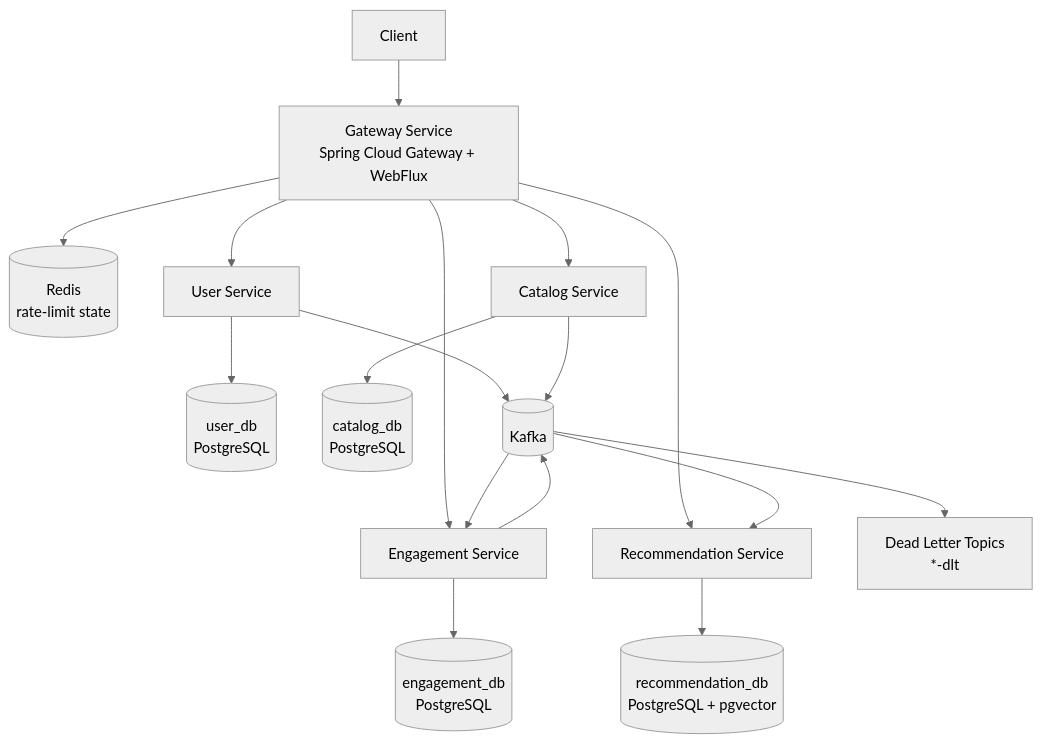
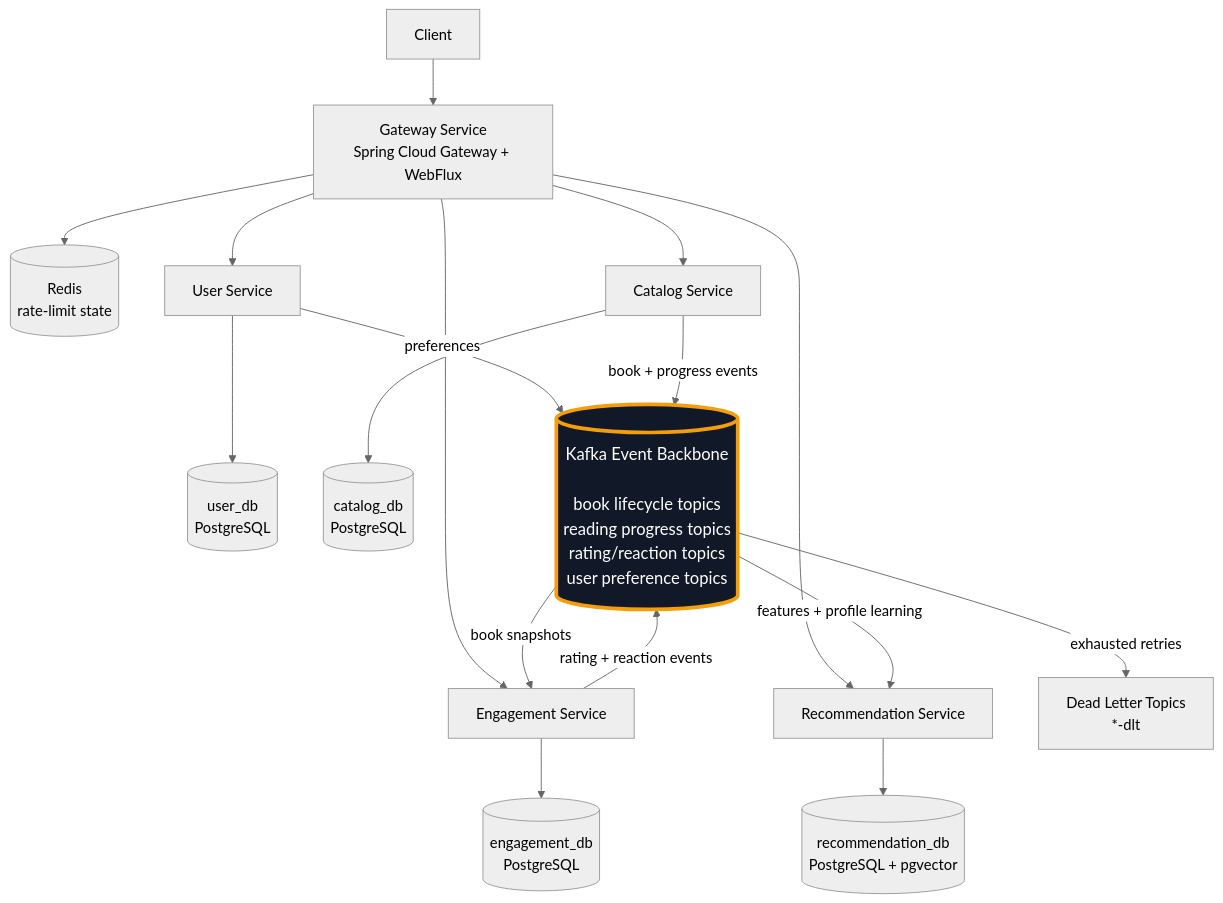
Before and after one commit to Luca5Eckert/VellumHub: the first of 2 diagrams in README.md, drawn with Mermaid (neutral theme). The commit also changed other lines of this file and 5 other files, not shown here.

````diff
--- a/README.md
+++ b/README.md
@@ -60,23 +60,25 @@
 ```mermaid
 graph TB
     Client[Client] --> Gateway[Gateway Service\nSpring Cloud Gateway + WebFlux]
     Gateway --> Redis[(Redis\nrate-limit state)]
 
     Gateway --> User[User Service]
     Gateway --> Catalog[Catalog Service]
     Gateway --> Engagement[Engagement Service]
     Gateway --> Recommendation[Recommendation Service]
 
     User --> UserDb[(user_db\nPostgreSQL)]
     Catalog --> CatalogDb[(catalog_db\nPostgreSQL)]
     Engagement --> EngagementDb[(engagement_db\nPostgreSQL)]
     Recommendation --> RecommendationDb[(recommendation_db\nPostgreSQL + pgvector)]
 
-    User --> Kafka[(Kafka)]
-    Catalog --> Kafka
-    Engagement --> Kafka
+    User -->|preferences| Kafka[(Kafka Event Backbone\n\nbook lifecycle topics\nreading progress topics\nrating/reaction topics\nuser preference topics)]
+    Catalog -->|book + progress events| Kafka
+    Engagement -->|rating + reaction events| Kafka
 
-    Kafka --> Engagement
-    Kafka --> Recommendation
-    Kafka --> Dlt[Dead Letter Topics\n*-dlt]
+    Kafka -->|book snapshots| Engagement
+    Kafka -->|features + profile learning| Recommendation
+    Kafka -->|exhausted retries| Dlt[Dead Letter Topics\n*-dlt]
+
+    style Kafka fill:#111827,color:#ffffff,stroke:#f59e0b,stroke-width:4px,font-size:18px
 ```
````
